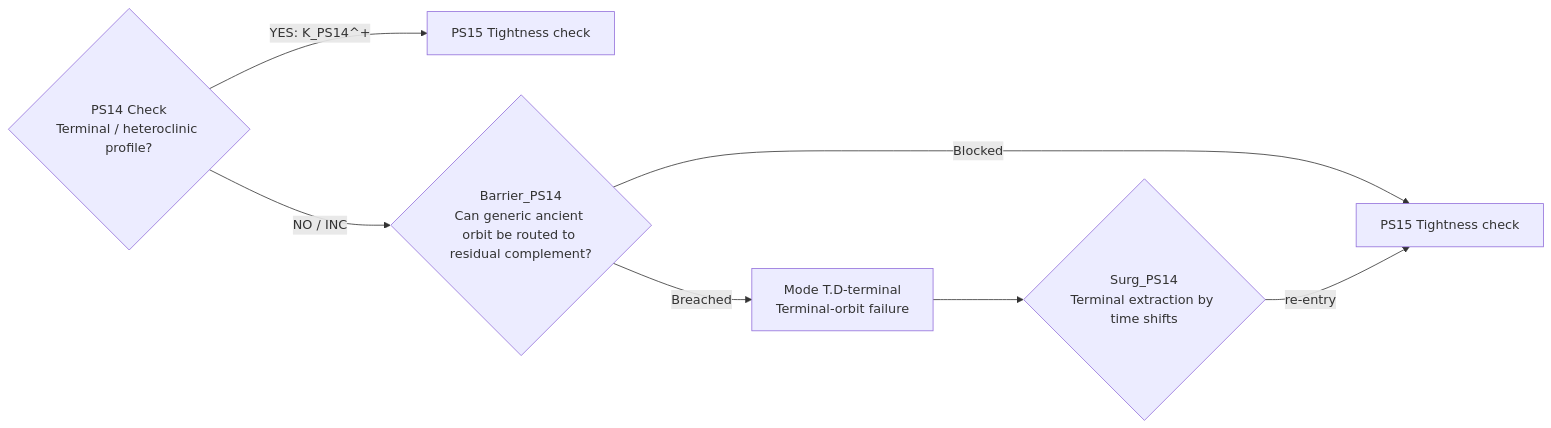
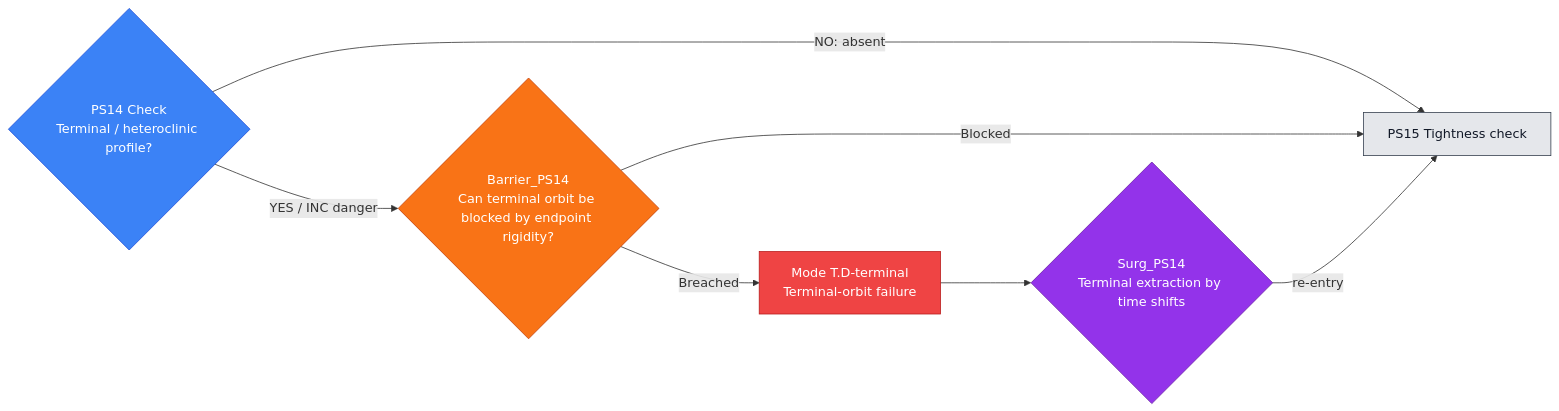
One commit to Guillemdb/hypostructure changed diagram 20 of 54 in docs/source/1_hypostructure_formalism/edits/new_sieve.md. Above: the diagram before and after it, drawn with Mermaid. The commit also changed other lines of this file and 5 other files, not shown here.

````diff
--- a/docs/source/1_hypostructure_formalism/edits/new_sieve.md
+++ b/docs/source/1_hypostructure_formalism/edits/new_sieve.md
@@ -399,10 +1848,23 @@
 ```mermaid
 flowchart LR
     C{"PS14 Check<br/>Terminal / heteroclinic profile?"}
-    C -- "YES: K_PS14^+" --> N["PS15 Tightness check"]
-    C -- "NO / INC" --> B{"Barrier_PS14<br/>Can generic ancient orbit be routed to residual complement?"}
-    B -- "Blocked" --> N2["PS15 Tightness check"]
+    C -- "NO: absent" --> N["PS15 Tightness check"]
+    C -- "YES / INC danger" --> B{"Barrier_PS14<br/>Can terminal orbit be blocked by endpoint rigidity?"}
+    B -- "Blocked" --> N
     B -- "Breached" --> M["Mode T.D-terminal<br/>Terminal-orbit failure"]
     M --> S{"Surg_PS14<br/>Terminal extraction by time shifts"}
-    S -- "re-entry" --> N2
+    S -- "re-entry" --> N
+
+    classDef check fill:#3b82f6,stroke:#1d4ed8,color:#ffffff;
+    classDef barrier fill:#f97316,stroke:#c2410c,color:#ffffff;
+    classDef mode fill:#ef4444,stroke:#b91c1c,color:#ffffff;
+    classDef surgery fill:#9333ea,stroke:#6b21a8,color:#ffffff;
+    classDef next fill:#e5e7eb,stroke:#374151,color:#111827;
+    classDef terminal fill:#fef3c7,stroke:#d97706,color:#111827;
+
+    class C check;
+    class B barrier;
+    class M mode;
+    class S surgery;
+    class N next;
 ```
````
